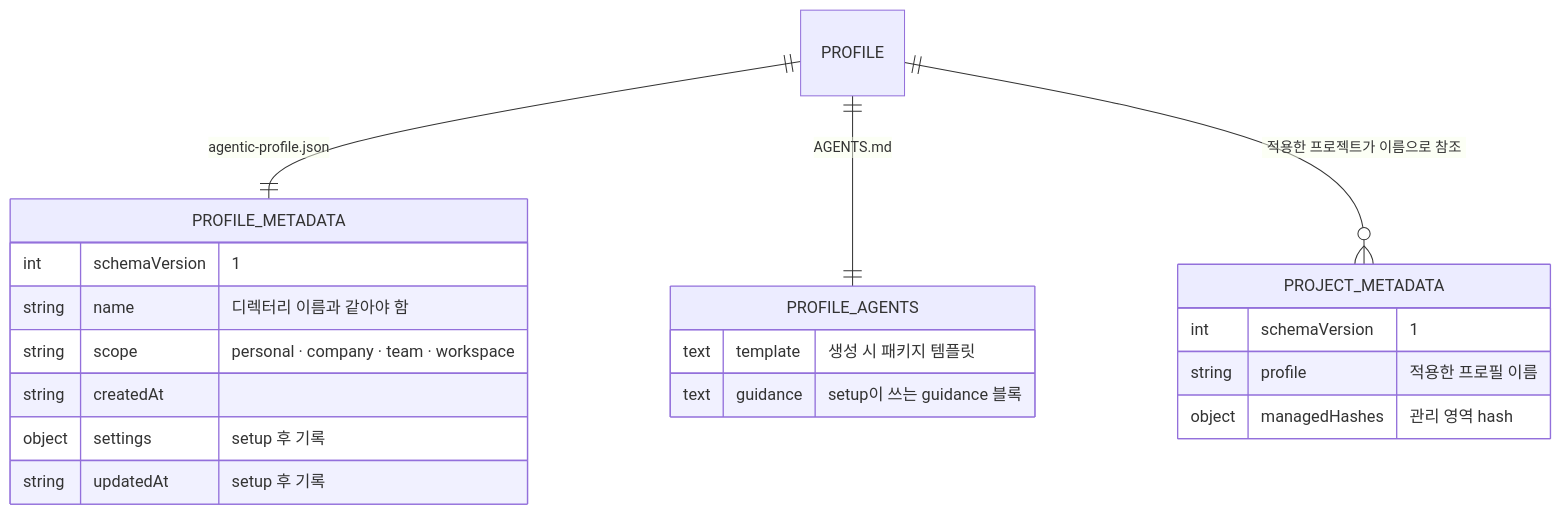
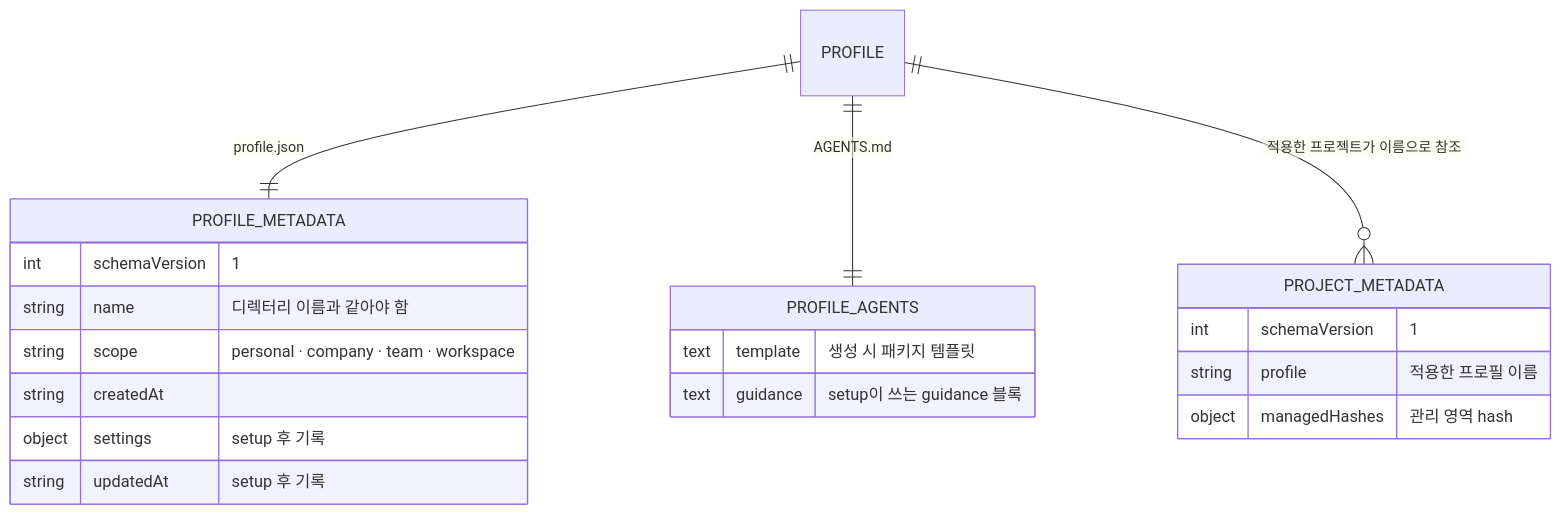
The diagram in docs/discussion/architecture/topics/profile-model.md (IsthisLee/agent-context-manager), drawn with Mermaid before and after one commit. The commit also changed other lines of this file and 73 other files, not shown here.

````diff
--- a/docs/discussion/architecture/topics/profile-model.md
+++ b/docs/discussion/architecture/topics/profile-model.md
@@ -47,23 +47,23 @@
 ```mermaid
 erDiagram
-  PROFILE ||--|| PROFILE_METADATA : "agentic-profile.json"
+  PROFILE ||--|| PROFILE_METADATA : "profile.json"
   PROFILE ||--|| PROFILE_AGENTS : "AGENTS.md"
   PROFILE ||--o{ PROJECT_METADATA : "적용한 프로젝트가 이름으로 참조"
   PROFILE_METADATA {
     int schemaVersion "1"
     string name "디렉터리 이름과 같아야 함"
     string scope "personal · company · team · workspace"
     string createdAt
     object settings "setup 후 기록"
     string updatedAt "setup 후 기록"
   }
   PROFILE_AGENTS {
     text template "생성 시 패키지 템플릿"
     text guidance "setup이 쓰는 guidance 블록"
   }
   PROJECT_METADATA {
     int schemaVersion "1"
     string profile "적용한 프로필 이름"
     object managedHashes "관리 영역 hash"
   }
 ```
````
